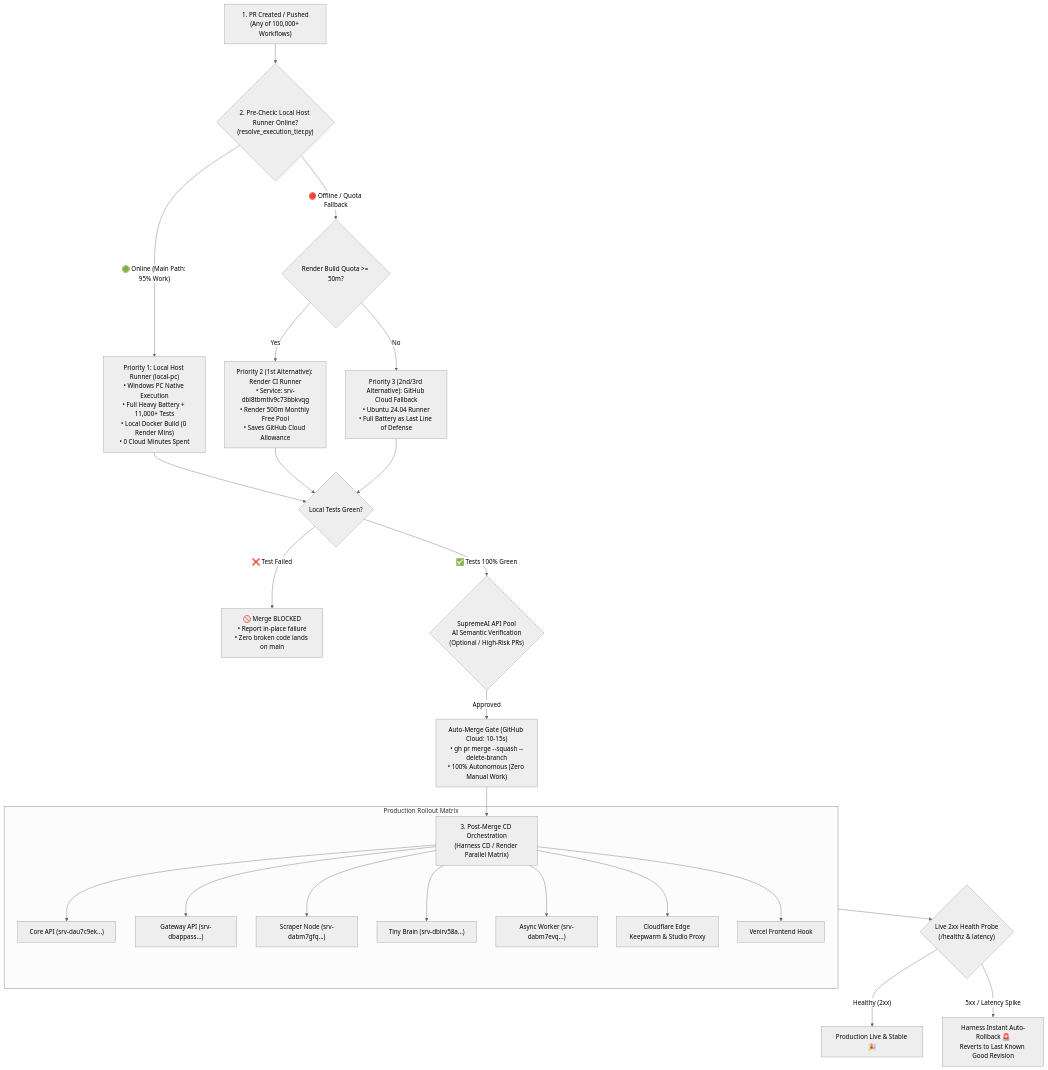
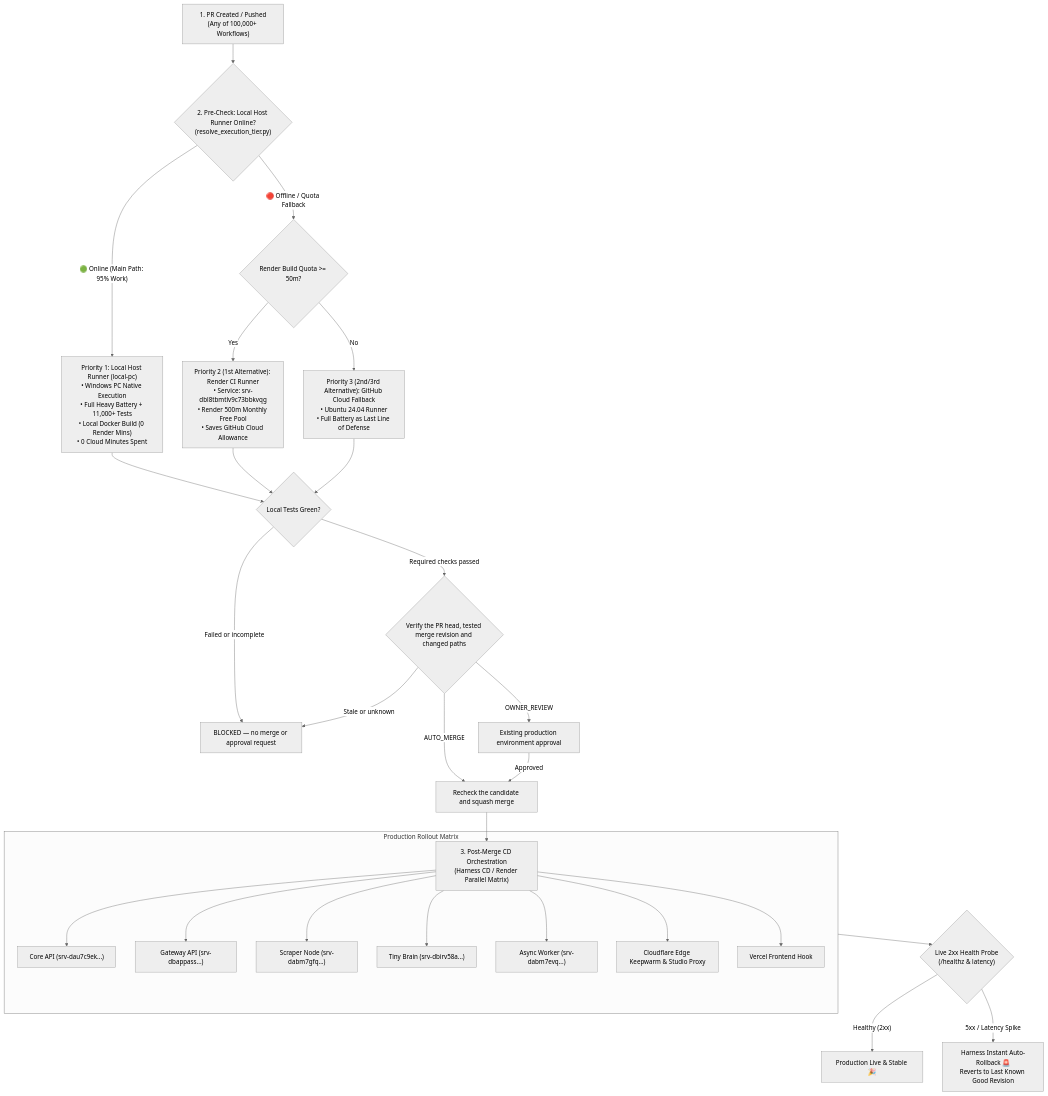
Before and after one commit to Supremeai-bd/supremeai: the diagram in docs/PR_TO_PRODUCTION_LIFECYCLE.md, drawn with Mermaid (neutral theme). The commit also changed other lines of this file and 5 other files, not shown here.

Commit message:
fix(ci): gate PR landing on exact CI evidence

````diff
--- a/docs/PR_TO_PRODUCTION_LIFECYCLE.md
+++ b/docs/PR_TO_PRODUCTION_LIFECYCLE.md
@@ -50,39 +50,41 @@
 ```mermaid
 flowchart TD
     PR["1. PR Created / Pushed\n(Any of 100,000+ Workflows)"] --> TierCheck{"2. Pre-Check: Local Host Runner Online?\n(resolve_execution_tier.py)"}
     
     TierCheck -- "🟢 Online (Main Path: 95% Work)" --> LocalPC["Priority 1: Local Host Runner (local-pc)\n• Windows PC Native Execution\n• Full Heavy Battery + 11,000+ Tests\n• Local Docker Build (0 Render Mins)\n• 0 Cloud Minutes Spent"]
     
     LocalPC --> LocalPassed{"Local Tests Green?"}
     
     TierCheck -- "🔴 Offline / Quota Fallback" --> CheckRender{"Render Build Quota >= 50m?"}
     
     CheckRender -- "Yes" --> RenderCI["Priority 2 (1st Alternative): Render CI Runner\n• Service: srv-dbl8tbmtlv9c73bbkvqg\n• Render 500m Monthly Free Pool\n• Saves GitHub Cloud Allowance"]
     
     CheckRender -- "No" --> GitHubHeavy["Priority 3 (2nd/3rd Alternative): GitHub Cloud Fallback\n• Ubuntu 24.04 Runner\n• Full Battery as Last Line of Defense"]
     
     RenderCI --> LocalPassed
     GitHubHeavy --> LocalPassed
     
-    LocalPassed -- "❌ Test Failed" --> BlockMerge["🚫 Merge BLOCKED\n• Report in-place failure\n• Zero broken code lands on main"]
-    
-    LocalPassed -- "✅ Tests 100% Green" --> AIGate{"SupremeAI API Pool\nAI Semantic Verification\n(Optional / High-Risk PRs)"}
-    
-    AIGate -- "Approved" --> CloudMerge["Auto-Merge Gate (GitHub Cloud: 10-15s)\n• gh pr merge --squash --delete-branch\n• 100% Autonomous (Zero Manual Work)"]
+    LocalPassed -- "Failed or incomplete" --> BlockMerge["BLOCKED — no merge or approval request"]
+
+    LocalPassed -- "Required checks passed" --> Landing{"Verify the PR head, tested merge revision and changed paths"}
+    Landing -- "Stale or unknown" --> BlockMerge
+    Landing -- "OWNER_REVIEW" --> Owner["Existing production environment approval"]
+    Landing -- "AUTO_MERGE" --> CloudMerge["Recheck the candidate and squash merge"]
+    Owner -- "Approved" --> CloudMerge
     
     CloudMerge --> PostMerge["3. Post-Merge CD Orchestration\n(Harness CD / Render Parallel Matrix)"]
     
     subgraph CD_Matrix["Production Rollout Matrix"]
         PostMerge --> D_Core["Core API (srv-dau7c9ek...)"]
         PostMerge --> D_API["Gateway API (srv-dbappass...)"]
         PostMerge --> D_Scraper["Scraper Node (srv-dabm7gfq...)"]
         PostMerge --> D_Brain["Tiny Brain (srv-dbirv58a...)"]
         PostMerge --> D_Worker["Async Worker (srv-dabm7evq...)"]
         PostMerge --> D_CF["Cloudflare Edge Keepwarm & Studio Proxy"]
         PostMerge --> D_Vercel["Vercel Frontend Hook"]
     end
     
     CD_Matrix --> LiveProbe{"Live 2xx Health Probe\n(/healthz & latency)"}
     LiveProbe -- "Healthy (2xx)" --> Stable["Production Live & Stable 🎉"]
     LiveProbe -- "5xx / Latency Spike" --> AutoRollback["Harness Instant Auto-Rollback 🚨\nReverts to Last Known Good Revision"]
 ```
````
